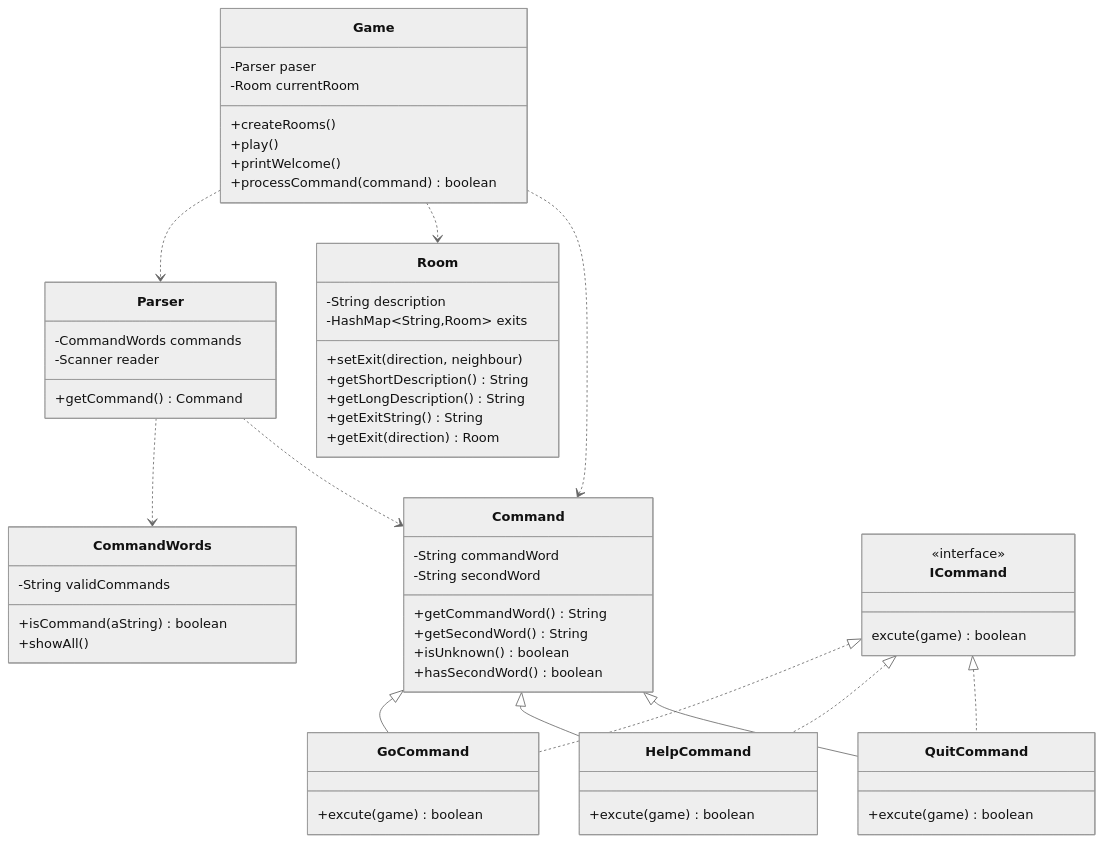
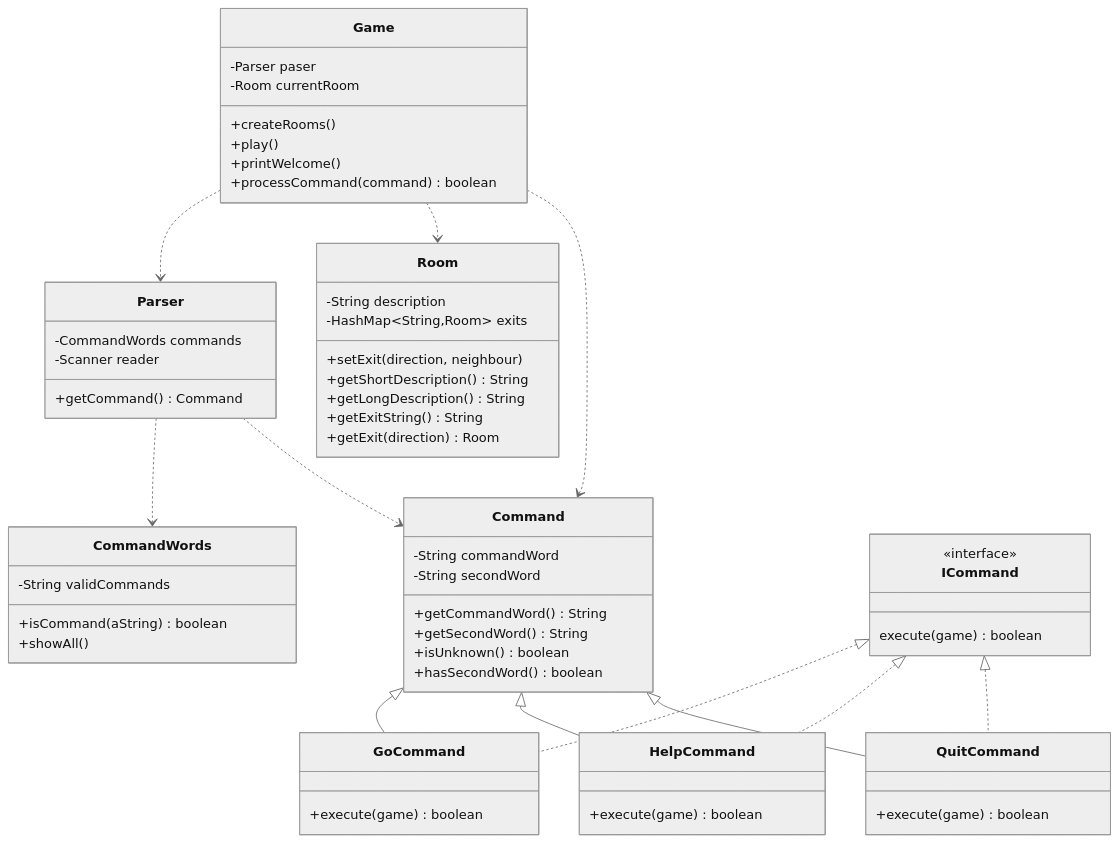
The second of 7 diagrams in REPORT.md (wutcst/sept1-wjycn2000), drawn with Mermaid (neutral theme) before and after one commit. The commit also changed other lines of this file and 14 other files, not shown here.

````diff
--- a/REPORT.md
+++ b/REPORT.md
@@ -84,67 +84,67 @@
 ```mermaid
 classDiagram
 class Parser {
 	-CommandWords commands
 	-Scanner reader
 	+getCommand() Command
 }
 class CommandWords{
 	-String validCommands
 	+isCommand(aString) boolean
 	+showAll()
 }
 class Command{
 	-String commandWord
 	-String secondWord
 	+getCommandWord() String
 	+getSecondWord() String
 	+isUnknown() boolean
 	+hasSecondWord() boolean
 }
 class Room{
 	-String description
 	-HashMap~String,Room~ exits
 	+setExit(direction, neighbour)
 	+getShortDescription() String
 	+getLongDescription() String
 	+getExitString() String
 	+getExit(direction) Room
 }
 class Game{
 	-Parser paser
 	-Room currentRoom
 	+createRooms()
 	+play()
 	+printWelcome()
 	+processCommand(command) boolean
 }
 
 class ICommand{
 <<interface>>
-excute(game) boolean
+execute(game) boolean
 }
 
 class GoCommand {
-+excute(game) boolean
++execute(game) boolean
 }
 
 class HelpCommand {
-+excute(game) boolean
++execute(game) boolean
 }
 
 class QuitCommand{
-+excute(game) boolean
++execute(game) boolean
 }
 
 Parser ..> CommandWords
 Game ..> Parser
 Game ..> Room
 Game ..> Command
 Parser ..> Command
 Command <|-- GoCommand
 Command <|-- HelpCommand
 Command <|-- QuitCommand
 ICommand <|.. GoCommand
 ICommand <|.. HelpCommand
 ICommand <|.. QuitCommand
 ```
````
